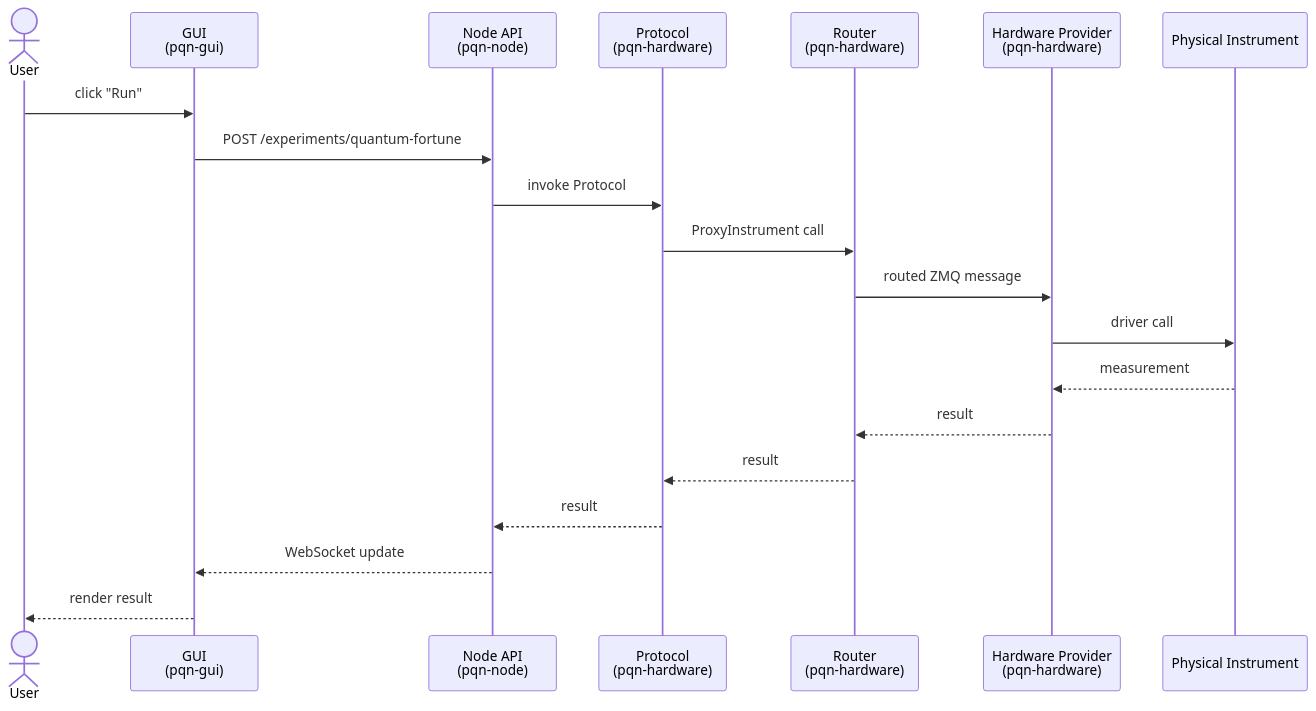
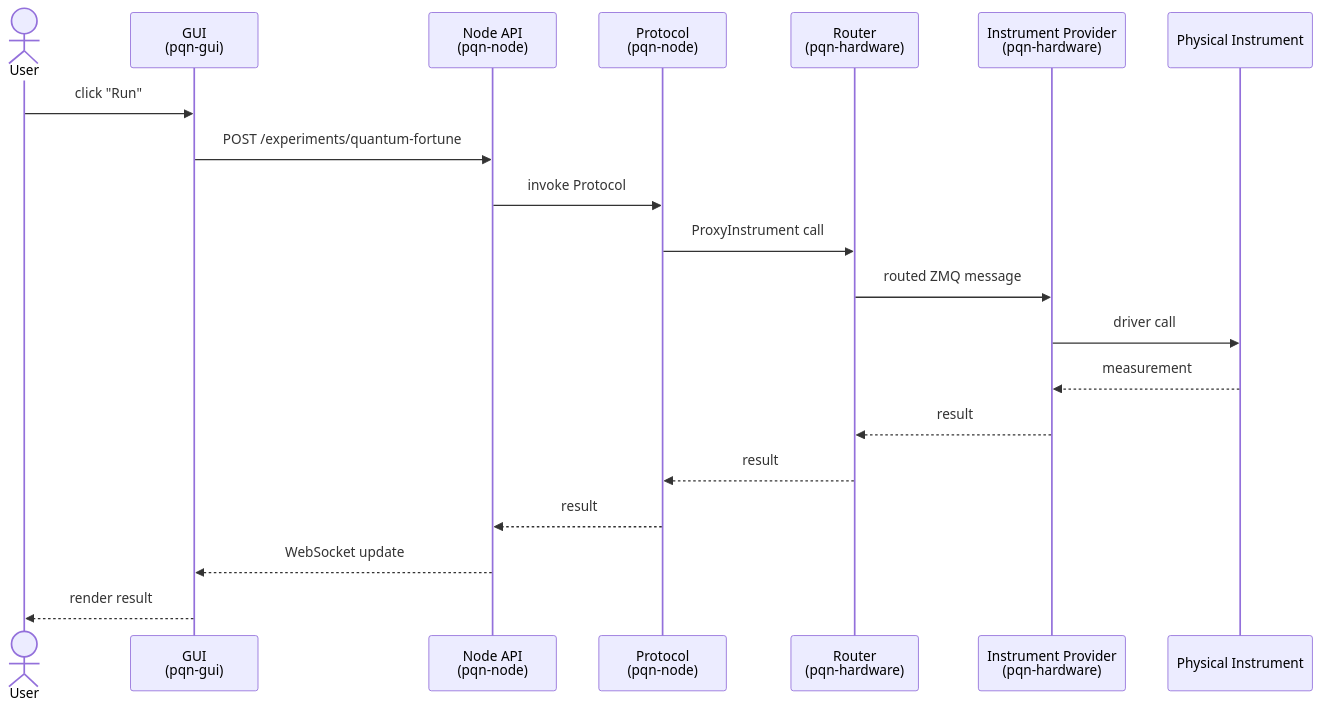
The fourth of 5 diagrams in docs/overview/software-map.md (PublicQuantumNetwork/pqn-docs), drawn with Mermaid before and after one commit. The commit also changed other lines of this file and 6 other files, not shown here.

Commit message:
Refine documentation to align terminology (`Instrument Provider`), add placeholders for detailed content, and improve clarity in structure and language.

````diff
--- a/docs/overview/software-map.md
+++ b/docs/overview/software-map.md
@@ -116,23 +116,23 @@
 ```{mermaid}
 sequenceDiagram
     actor User
     participant GUI as GUI<br/>(pqn-gui)
     participant API as Node API<br/>(pqn-node)
-    participant Proto as Protocol<br/>(pqn-hardware)
+    participant Proto as Protocol<br/>(pqn-node)
     participant Router as Router<br/>(pqn-hardware)
-    participant Provider as Hardware Provider<br/>(pqn-hardware)
+    participant Provider as Instrument Provider<br/>(pqn-hardware)
     participant Instr as Physical Instrument
 
     User->>GUI: click "Run"
     GUI->>API: POST /experiments/quantum-fortune
     API->>Proto: invoke Protocol
     Proto->>Router: ProxyInstrument call
     Router->>Provider: routed ZMQ message
     Provider->>Instr: driver call
     Instr-->>Provider: measurement
     Provider-->>Router: result
     Router-->>Proto: result
     Proto-->>API: result
     API-->>GUI: WebSocket update
     GUI-->>User: render result
 ```
````
